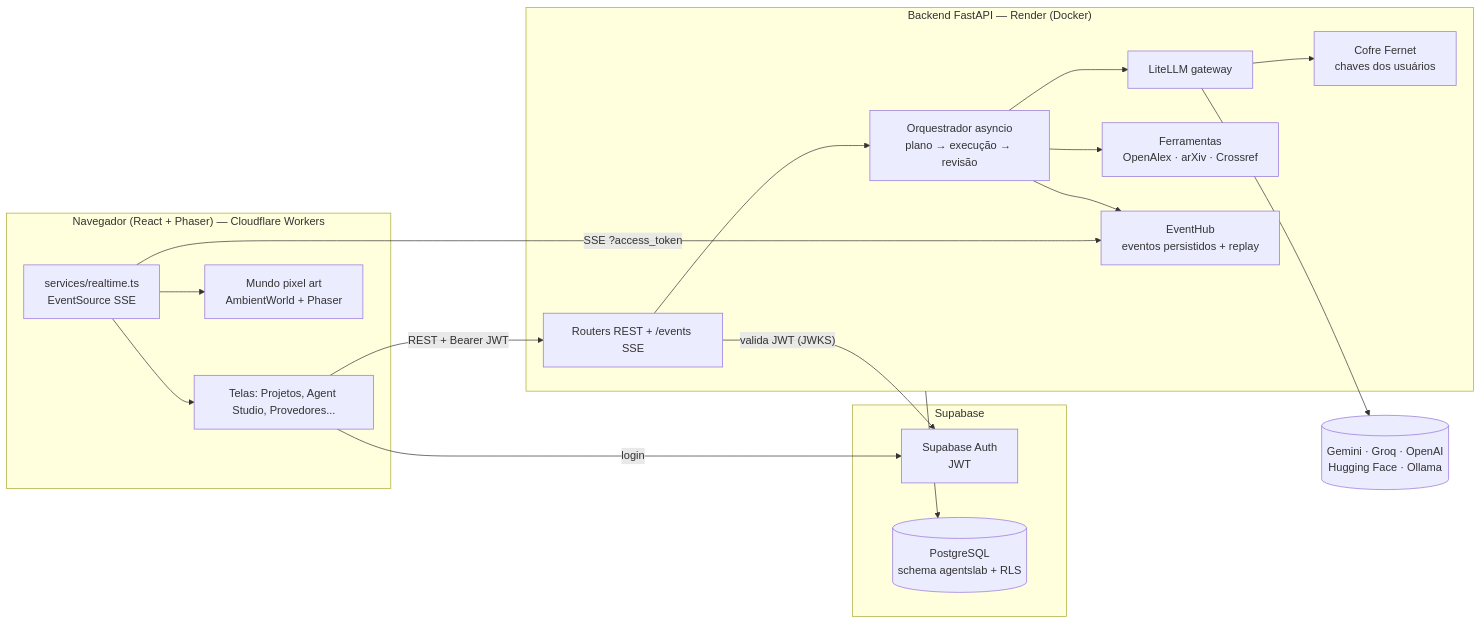
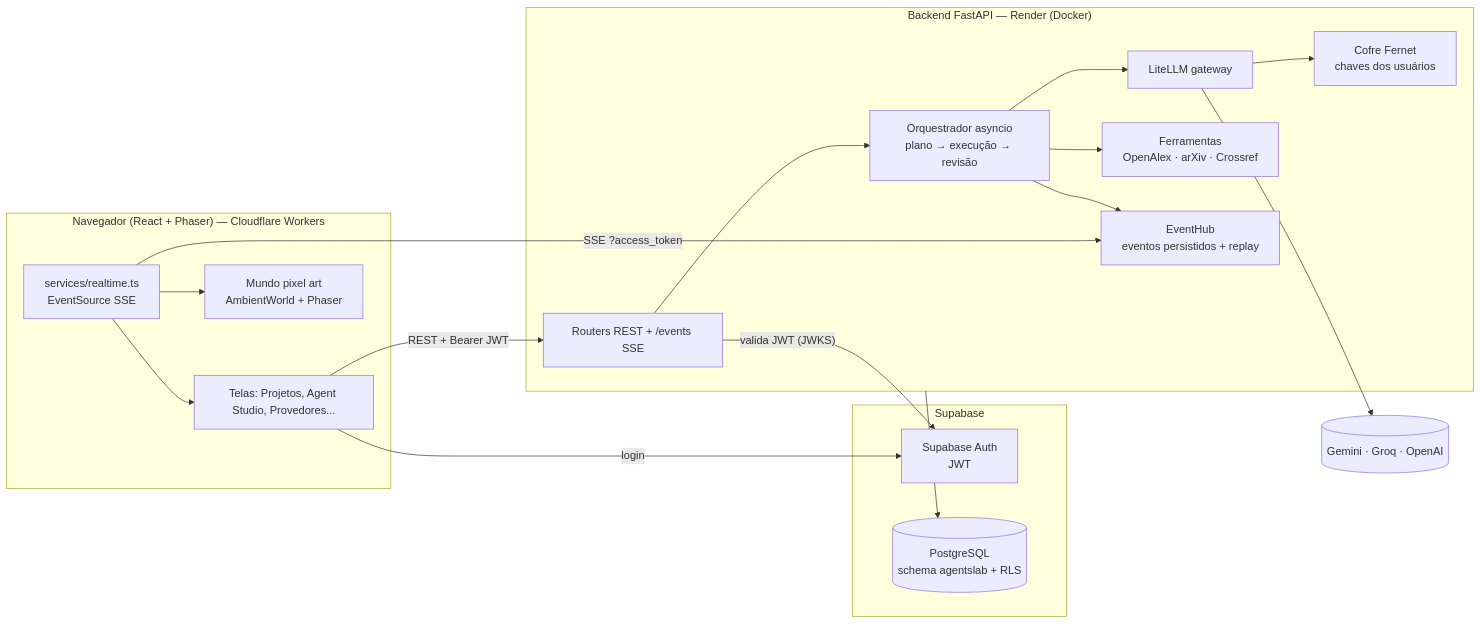
One commit to ViniciusKanh/AgentsLab_Studio changed the first of 3 diagrams in README.md. Above: the diagram before and after it, drawn with Mermaid. The commit also changed other lines of this file and 39 other files, not shown here.

````diff
--- a/README.md
+++ b/README.md
@@ -81,32 +81,32 @@
 ```mermaid
 flowchart LR
   subgraph Navegador["Navegador (React + Phaser) — Cloudflare Workers"]
     UI[Telas: Projetos, Agent Studio, Provedores...]
     W[Mundo pixel art<br/>AmbientWorld + Phaser]
     RT[services/realtime.ts<br/>EventSource SSE]
     RT --> W
     RT --> UI
   end
   subgraph Supabase
     AUTH[Supabase Auth<br/>JWT]
     PG[(PostgreSQL<br/>schema agentslab + RLS)]
   end
   subgraph API["Backend FastAPI — Render (Docker)"]
     R[Routers REST + /events SSE]
     O[Orquestrador asyncio<br/>plano → execução → revisão]
     L[LiteLLM gateway]
     T[Ferramentas<br/>OpenAlex · arXiv · Crossref]
     V[Cofre Fernet<br/>chaves dos usuários]
     E[EventHub<br/>eventos persistidos + replay]
     R --> O --> L
     O --> T
     O --> E
     L --> V
   end
   UI -- "login" --> AUTH
   UI -- "REST + Bearer JWT" --> R
   RT -- "SSE ?access_token" --> E
   R -- "valida JWT (JWKS)" --> AUTH
   API --> PG
-  L --> P[(Gemini · Groq · OpenAI<br/>Hugging Face · Ollama)]
+  L --> P[(Gemini · Groq · OpenAI)]
 ```
````
